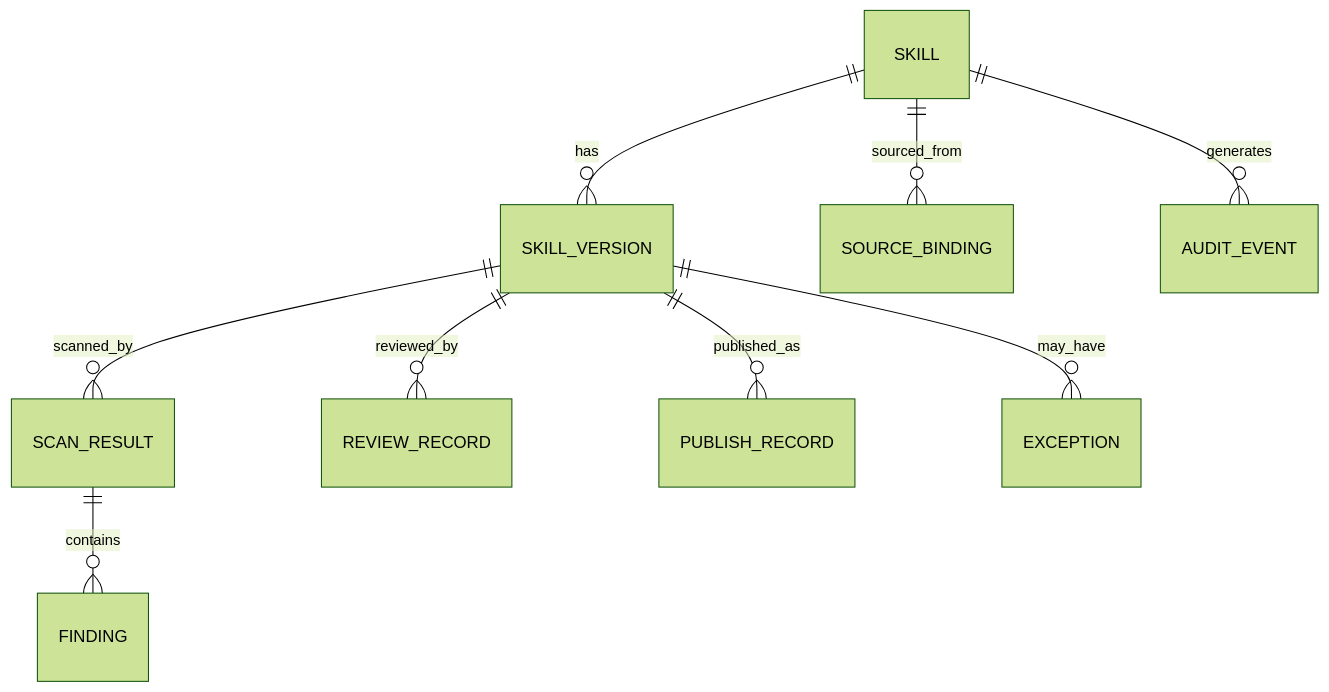
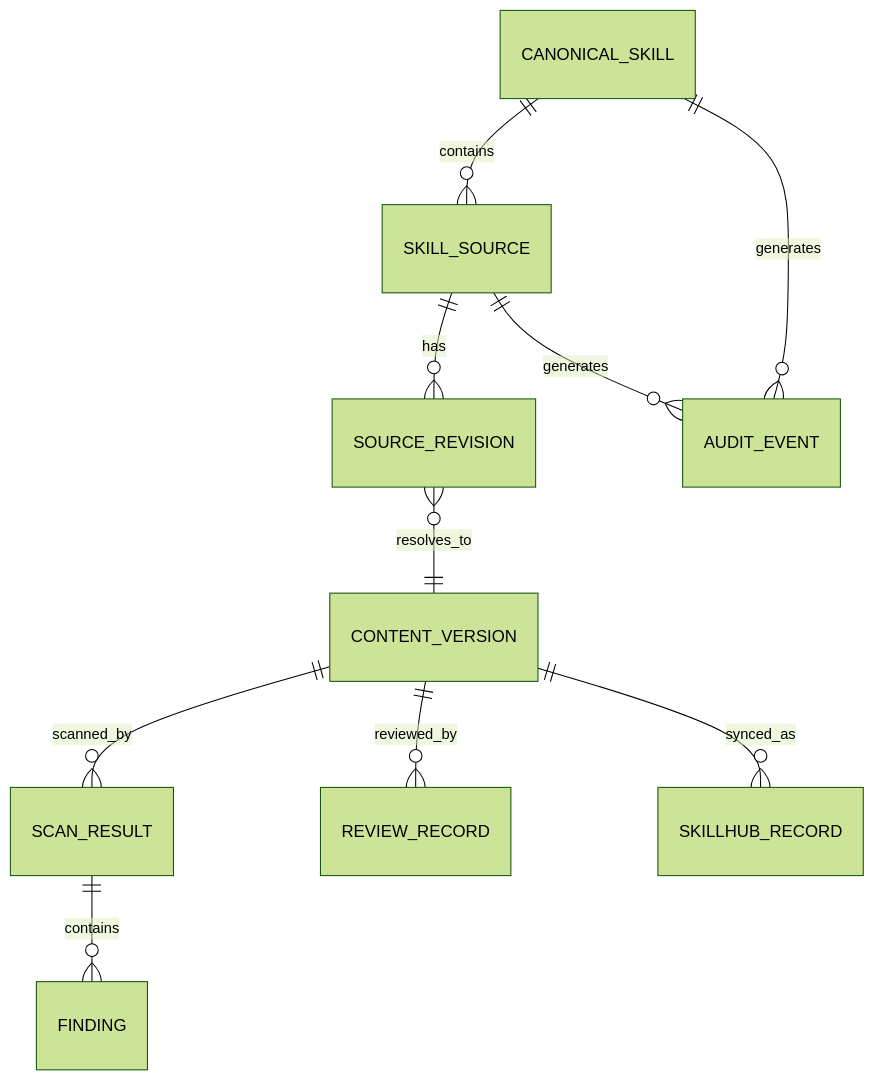
Before and after one commit to Chenzy-zero/SkillHub: the diagram in docs/06-data-model.md, drawn with Mermaid (forest theme). The commit also changed other lines of this file, not shown here.

Commit message:
docs: redesign Skill data model with source revision and content version

````diff
--- a/docs/06-data-model.md
+++ b/docs/06-data-model.md
@@ -19,11 +24,12 @@
 ```mermaid
 erDiagram
-  SKILL ||--o{ SKILL_VERSION : has
-  SKILL ||--o{ SOURCE_BINDING : sourced_from
-  SKILL_VERSION ||--o{ SCAN_RESULT : scanned_by
+  CANONICAL_SKILL ||--o{ SKILL_SOURCE : contains
+  SKILL_SOURCE ||--o{ SOURCE_REVISION : has
+  SOURCE_REVISION }o--|| CONTENT_VERSION : resolves_to
+  CONTENT_VERSION ||--o{ SCAN_RESULT : scanned_by
   SCAN_RESULT ||--o{ FINDING : contains
-  SKILL_VERSION ||--o{ REVIEW_RECORD : reviewed_by
-  SKILL_VERSION ||--o{ PUBLISH_RECORD : published_as
-  SKILL_VERSION ||--o{ EXCEPTION : may_have
-  SKILL ||--o{ AUDIT_EVENT : generates
+  CONTENT_VERSION ||--o{ REVIEW_RECORD : reviewed_by
+  CONTENT_VERSION ||--o{ SKILLHUB_RECORD : synced_as
+  CANONICAL_SKILL ||--o{ AUDIT_EVENT : generates
+  SKILL_SOURCE ||--o{ AUDIT_EVENT : generates
 ```
````
